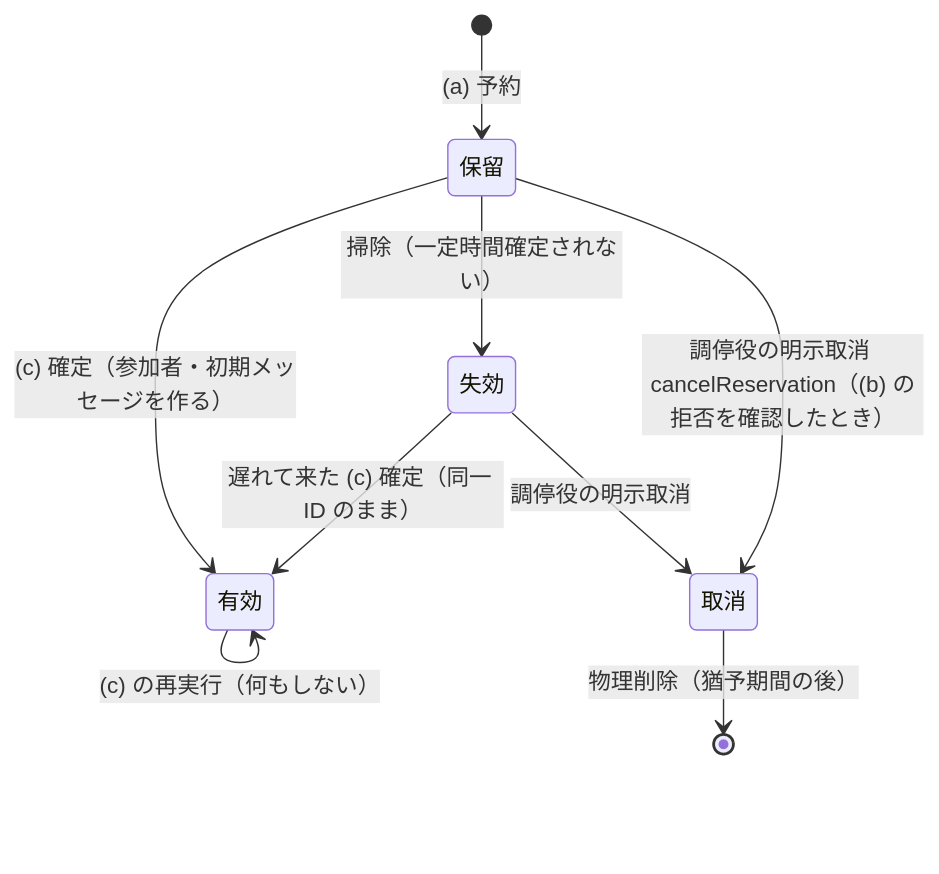
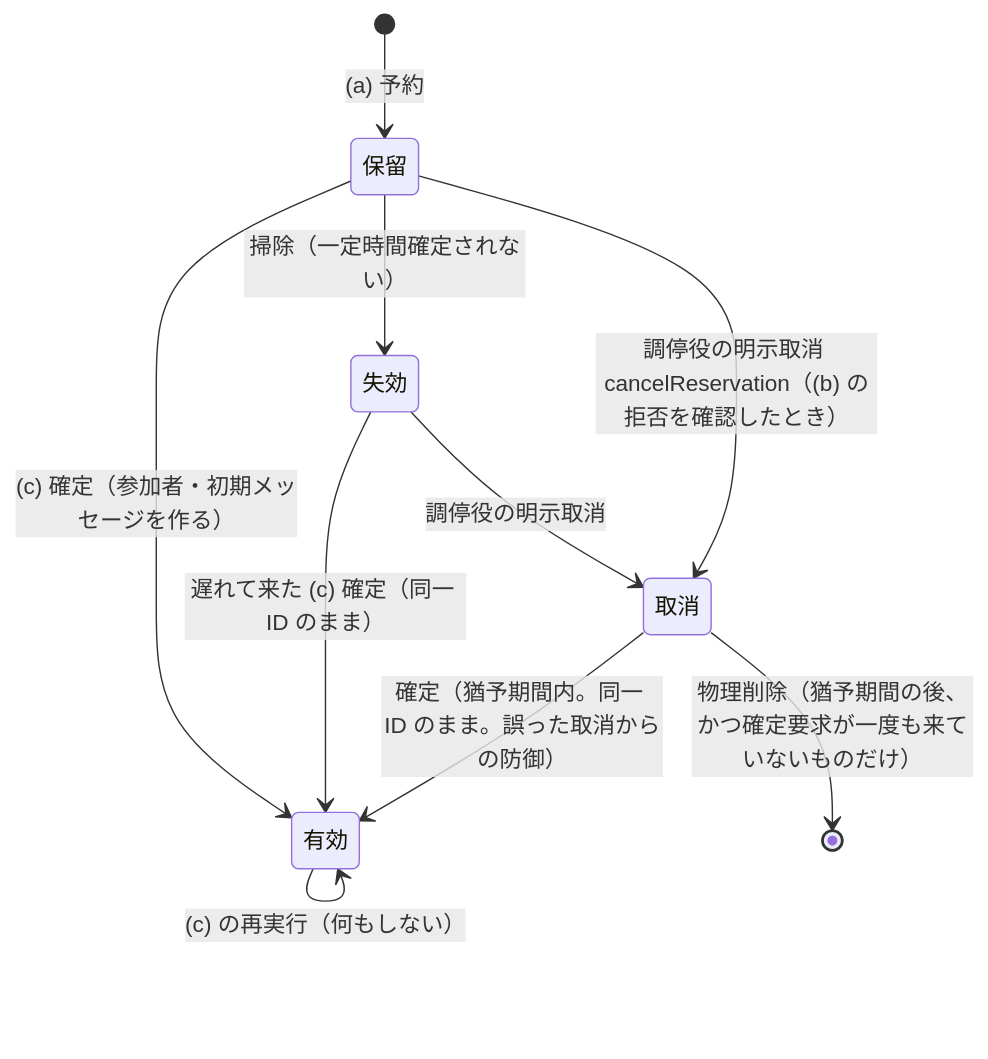
Before and after one commit to kenta-0420/mannschaft: the second of 4 diagrams in docs/architecture/modular_monolith_boundary_debt_repayment.md, drawn with Mermaid. The commit also changed other lines of this file, not shown here.

````diff
--- a/docs/architecture/modular_monolith_boundary_debt_repayment.md
+++ b/docs/architecture/modular_monolith_boundary_debt_repayment.md
@@ -316,11 +325,12 @@
    ```mermaid
    stateDiagram-v2
      [*] --> 保留: (a) 予約
      保留 --> 有効: (c) 確定（参加者・初期メッセージを作る）
      保留 --> 失効: 掃除（一定時間確定されない）
      保留 --> 取消: 調停役の明示取消 cancelReservation（(b) の拒否を確認したとき）
      失効 --> 有効: 遅れて来た (c) 確定（同一 ID のまま）
      失効 --> 取消: 調停役の明示取消
-     取消 --> [*]: 物理削除（猶予期間の後）
+     取消 --> 有効: 確定（猶予期間内。同一 ID のまま。誤った取消からの防御）
+     取消 --> [*]: 物理削除（猶予期間の後、かつ確定要求が一度も来ていないものだけ）
      有効 --> 有効: (c) の再実行（何もしない）
    ```
````
